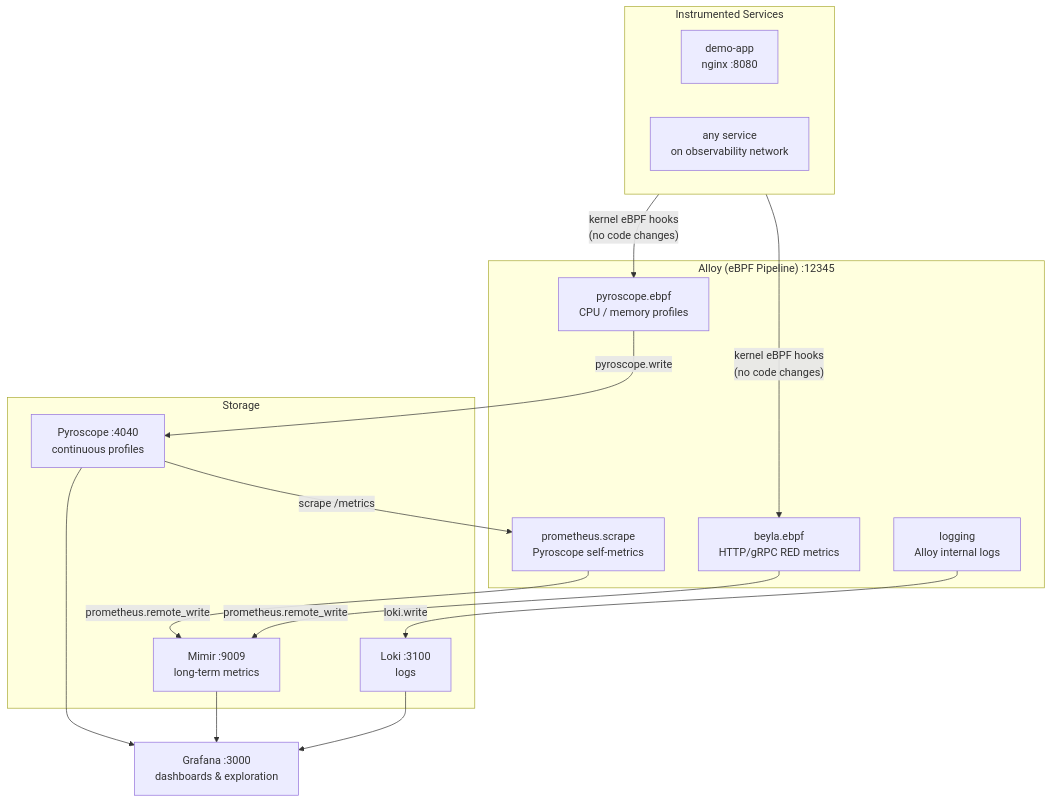
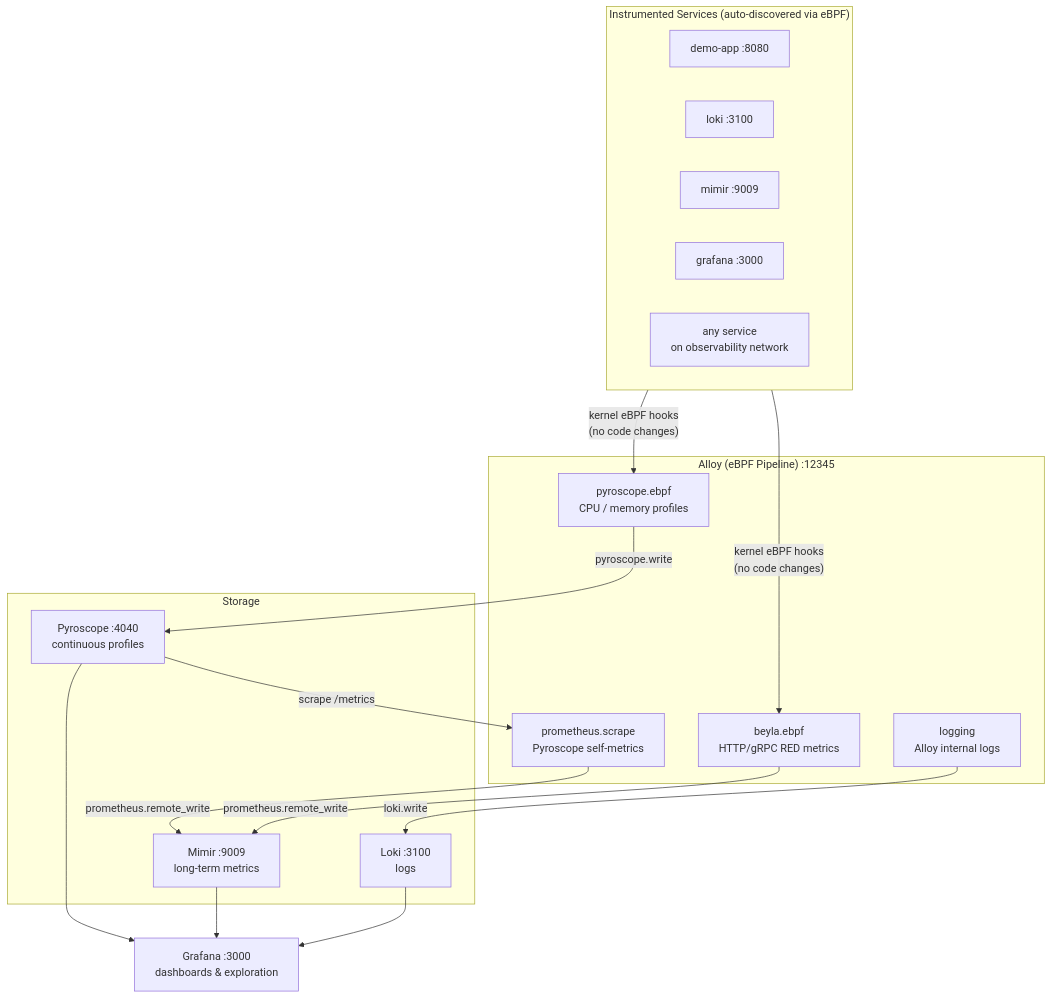
Before and after one commit to itzvadi/ebpf-o11y-stack: the diagram in README.md, drawn with Mermaid.

Commit message:
Adding mermaid diagram

````diff
--- a/README.md
+++ b/README.md
@@ -24,36 +24,39 @@
 ```mermaid
 flowchart TD
-    subgraph targets["Instrumented Services"]
-        demo["demo-app\nnginx :8080"]
+    subgraph targets["Instrumented Services (auto-discovered via eBPF)"]
+        demo["demo-app :8080"]
+        loki_svc["loki :3100"]
+        mimir_svc["mimir :9009"]
+        grafana_svc["grafana :3000"]
         any["any service\non observability network"]
     end
 
     subgraph alloy["Alloy (eBPF Pipeline) :12345"]
         beyla["beyla.ebpf\nHTTP/gRPC RED metrics"]
         pyrebpf["pyroscope.ebpf\nCPU / memory profiles"]
         scrape["prometheus.scrape\nPyroscope self-metrics"]
         logfwd["logging\nAlloy internal logs"]
     end
 
     subgraph storage["Storage"]
         mimir["Mimir :9009\nlong-term metrics"]
         pyroscope["Pyroscope :4040\ncontinuous profiles"]
         loki["Loki :3100\nlogs"]
     end
 
     grafana["Grafana :3000\ndashboards & exploration"]
 
     targets -->|"kernel eBPF hooks\n(no code changes)"| beyla
     targets -->|"kernel eBPF hooks\n(no code changes)"| pyrebpf
 
     beyla -->|"prometheus.remote_write"| mimir
     scrape -->|"prometheus.remote_write"| mimir
     pyrebpf -->|"pyroscope.write"| pyroscope
     logfwd -->|"loki.write"| loki
 
     pyroscope -->|"scrape /metrics"| scrape
 
     mimir --> grafana
     pyroscope --> grafana
     loki --> grafana
 ```
````
